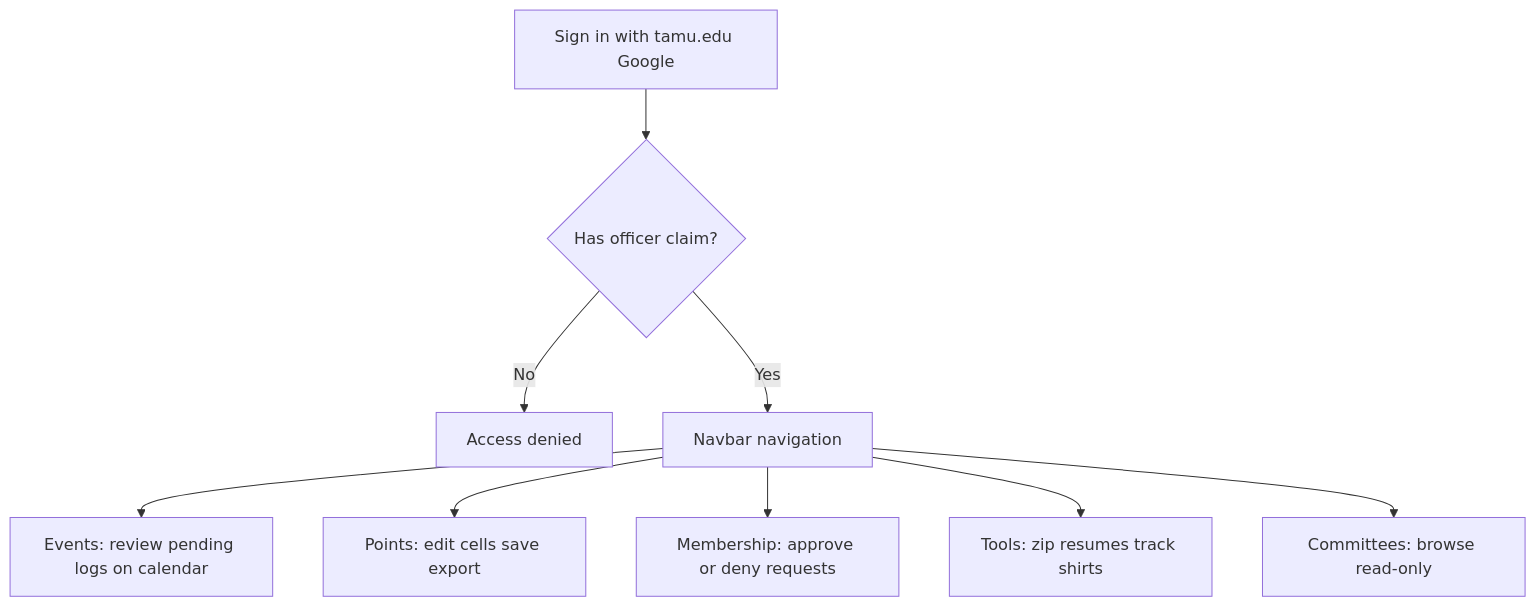
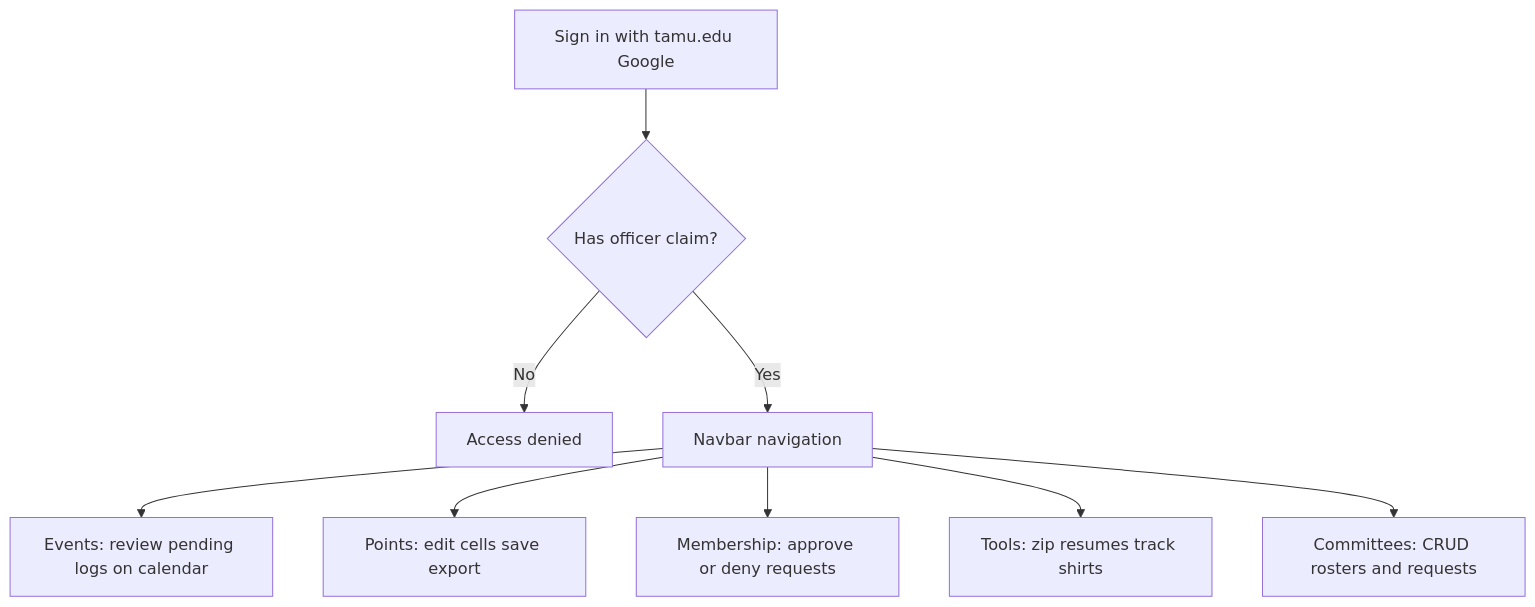
The third of 3 diagrams in docs/PURPOSE_AND_FUNCTIONALITY.md (Ohmarkg/admin-dashboard), drawn with Mermaid before and after one commit. The commit also changed other lines of this file and 27 other files, not shown here.

````diff
--- a/docs/PURPOSE_AND_FUNCTIONALITY.md
+++ b/docs/PURPOSE_AND_FUNCTIONALITY.md
@@ -311,12 +312,12 @@
 ```mermaid
 flowchart TD
     login[Sign in with tamu.edu Google] --> roleCheck{Has officer claim?}
     roleCheck -->|No| denied[Access denied]
     roleCheck -->|Yes| nav[Navbar navigation]
 
     nav --> eventsFlow[Events: review pending logs on calendar]
     nav --> pointsFlow[Points: edit cells save export]
     nav --> memberFlow[Membership: approve or deny requests]
     nav --> toolsFlow[Tools: zip resumes track shirts]
-    nav --> committeesFlow[Committees: browse read-only]
+    nav --> committeesFlow[Committees: CRUD rosters and requests]
 ```
````
